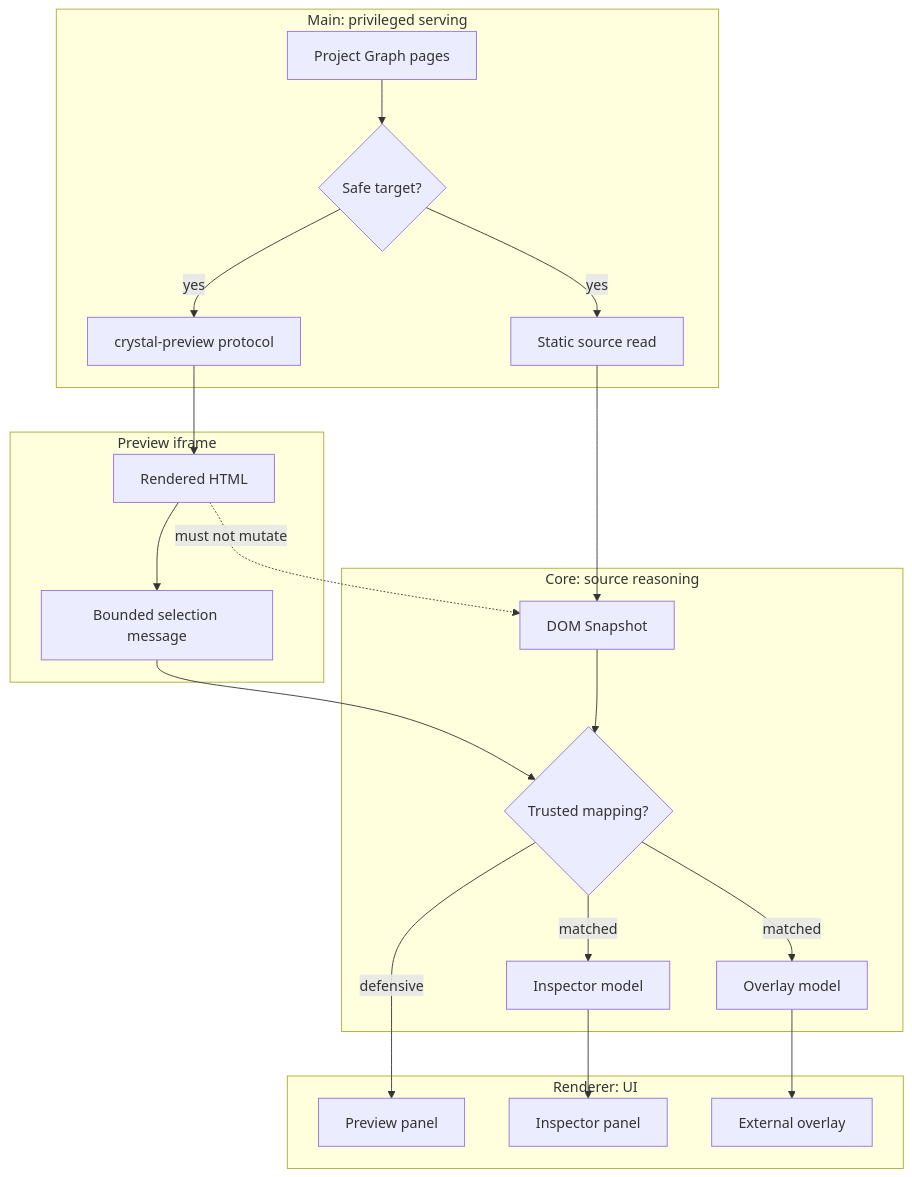
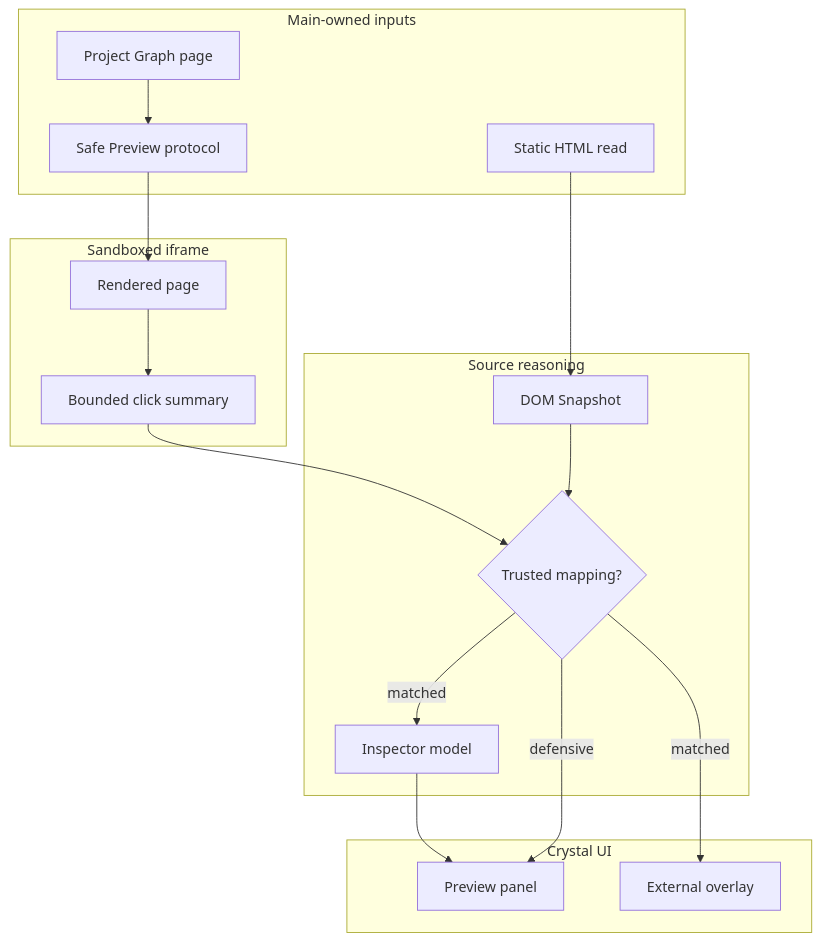
The diagram in docs/architecture/preview/README.md (krestosa/Crystal), drawn with Mermaid before and after one commit. The commit also changed other lines of this file and 60 other files, not shown here.

````diff
--- a/docs/architecture/preview/README.md
+++ b/docs/architecture/preview/README.md
@@ -76,37 +47,28 @@
 ```mermaid
 flowchart TD
-  subgraph Main[Main: privileged serving]
-    Graph[Project Graph pages]
-    Target{Safe target?}
-    Protocol[crystal-preview protocol]
-    SourceRead[Static source read]
+  subgraph Main[Main-owned inputs]
+    Graph[Project Graph page]
+    Protocol[Safe Preview protocol]
+    Source[Static HTML read]
   end
-
-  subgraph Browser[Preview iframe]
-    Rendered[Rendered HTML]
-    Click[Bounded selection message]
+  subgraph Browser[Sandboxed iframe]
+    Page[Rendered page]
+    Click[Bounded click summary]
   end
-
-  subgraph Core[Core: source reasoning]
+  subgraph Core[Source reasoning]
     Snapshot[DOM Snapshot]
-    Mapping{Trusted mapping?}
+    Map{Trusted mapping?}
     Inspector[Inspector model]
-    OverlayModel[Overlay model]
   end
-
-  subgraph Renderer[Renderer: UI]
-    PreviewPanel[Preview panel]
-    InspectorPanel[Inspector panel]
+  subgraph Renderer[Crystal UI]
+    Panel[Preview panel]
     Overlay[External overlay]
   end
-
-  Graph --> Target
-  Target -->|yes| Protocol --> Rendered
-  Target -->|yes| SourceRead --> Snapshot
-  Rendered --> Click --> Mapping
-  Snapshot --> Mapping
-  Mapping -->|matched| Inspector --> InspectorPanel
-  Mapping -->|matched| OverlayModel --> Overlay
-  Mapping -->|defensive| PreviewPanel
-  Rendered -. must not mutate .-> Snapshot
+  Graph --> Protocol --> Page
+  Source --> Snapshot
+  Page --> Click --> Map
+  Snapshot --> Map
+  Map -->|matched| Inspector --> Panel
+  Map -->|matched| Overlay
+  Map -->|defensive| Panel
 ```
````
